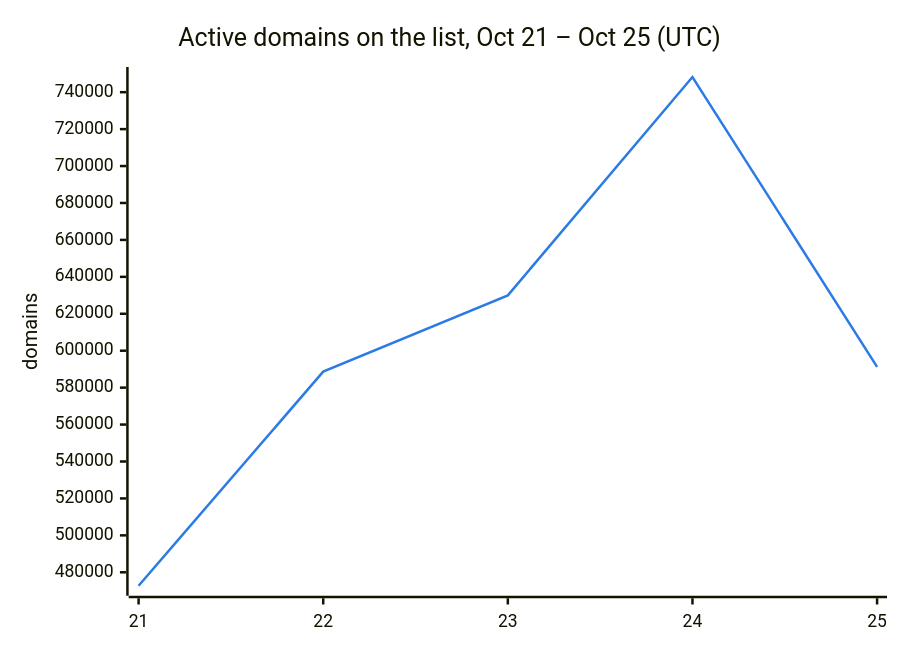
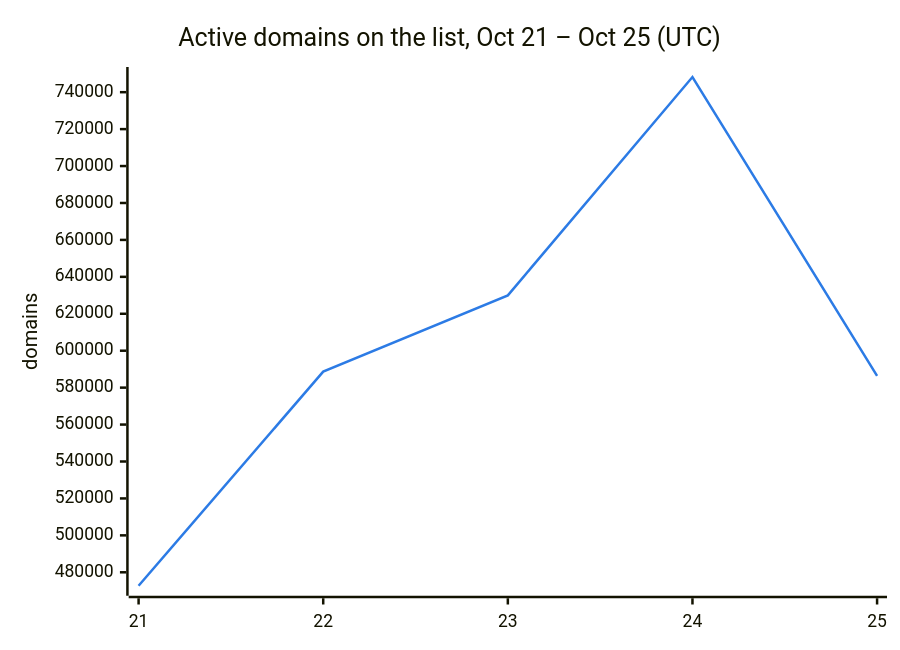
The second of 3 diagrams in README.md (DNSBunker/CTI), drawn with Mermaid before and after one commit. The commit also changed other lines of this file and 3 other files, not shown here.

````diff
--- a/README.md
+++ b/README.md
@@ -38,8 +38,8 @@
 ```mermaid
 %%{init: {"themeVariables": {"xyChart": {"plotColorPalette": "#2c7be5"}}}}%%
 xychart-beta
     title "Active domains on the list, Oct 21 – Oct 25 (UTC)"
     x-axis ["21", "22", "23", "24", "25"]
     y-axis "domains"
-    line [472713, 588659, 629951, 748222, 591228]
+    line [472713, 588659, 629951, 748222, 586391]
 ```
````
